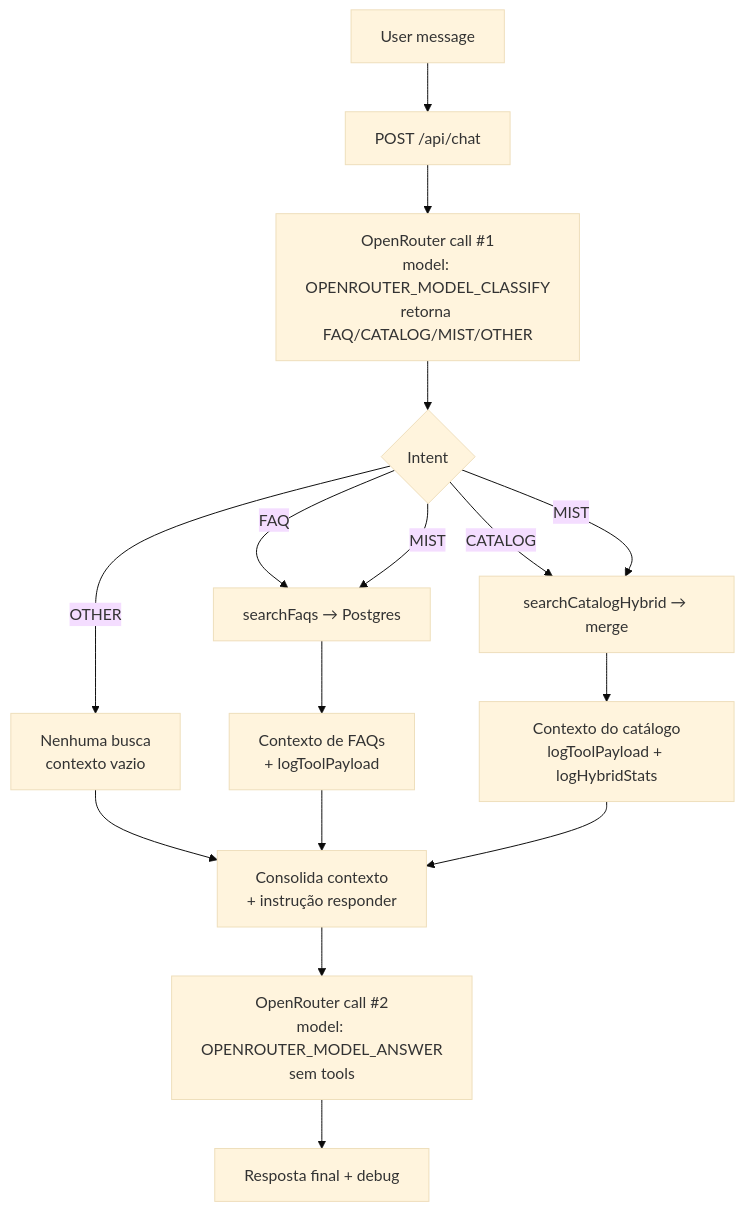
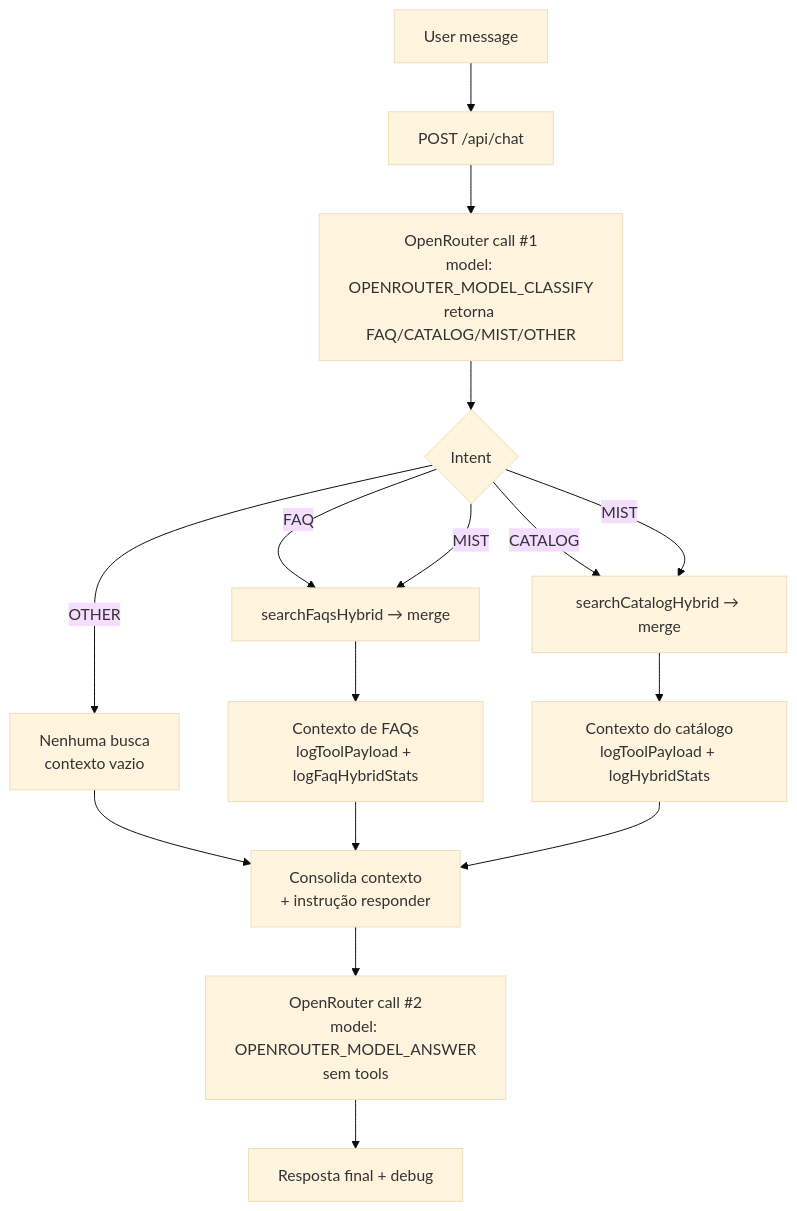
Before and after one commit to ffbdm/OpenRouterRAG1: the diagram in README.md, drawn with Mermaid (base theme). The commit also changed other lines of this file and 14 other files, not shown here.

First line of the commit message:
feat: implement hybrid FAQ search with embeddings and lexical fallback

````diff
--- a/README.md
+++ b/README.md
@@ -7,22 +7,22 @@
 ```mermaid
 flowchart TD
     U[User message] --> Chat[POST /api/chat]
 
     Chat --> Classify[OpenRouter call #1<br/>model: OPENROUTER_MODEL_CLASSIFY<br/>retorna FAQ/CATALOG/MIST/OTHER]
     Classify --> Route{Intent}
 
     Route -->|OTHER| NoSearch[Nenhuma busca<br/>contexto vazio]
-    Route -->|FAQ| FAQ[searchFaqs → Postgres]
+    Route -->|FAQ| FAQ[searchFaqsHybrid → merge]
     Route -->|CATALOG| Catalog[searchCatalogHybrid → merge]
     Route -->|MIST| FAQ
     Route -->|MIST| Catalog
 
-    FAQ --> FAQCtx[Contexto de FAQs<br/>+ logToolPayload]
+    FAQ --> FAQCtx[Contexto de FAQs<br/>logToolPayload + logFaqHybridStats]
     Catalog --> CatalogCtx[Contexto do catálogo<br/>logToolPayload + logHybridStats]
     NoSearch --> FinalPrep
     FAQCtx --> FinalPrep[Consolida contexto<br/>+ instrução responder]
     CatalogCtx --> FinalPrep
 
     FinalPrep --> Answer[OpenRouter call #2<br/>model: OPENROUTER_MODEL_ANSWER<br/>sem tools]
     Answer --> Resp[Resposta final + debug]
 ```
````
